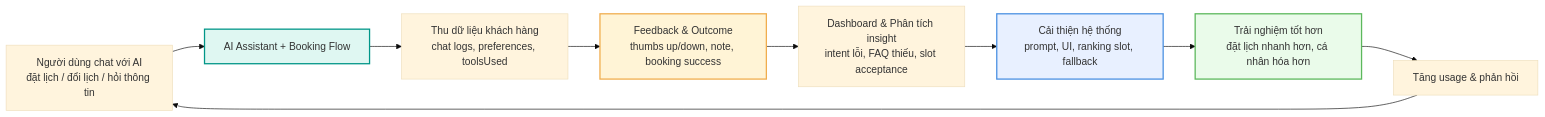
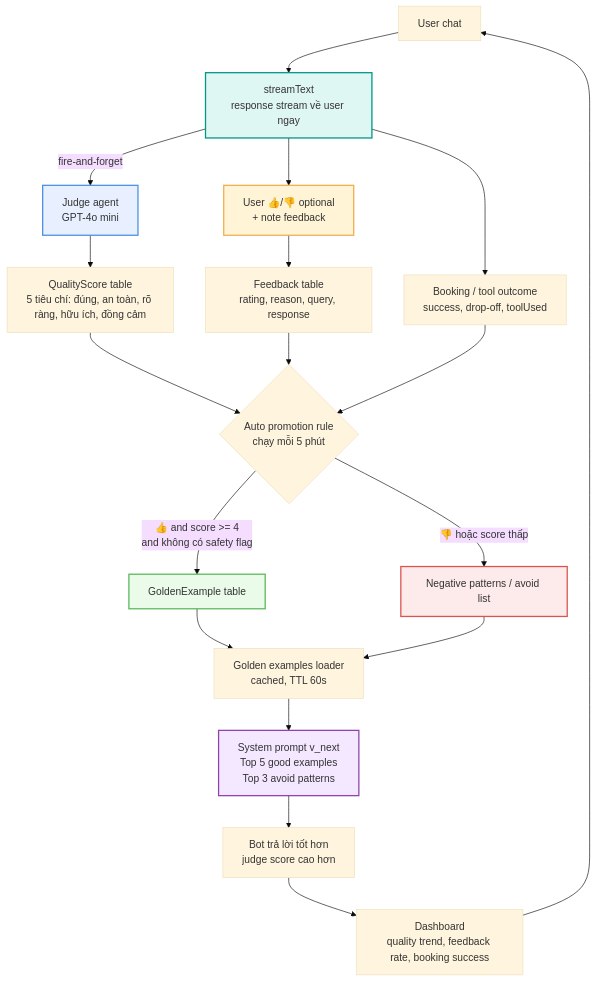
The diagram in 01-task/reflection/data-flywheel.md (sangdaden/Lab06-Nhom62), drawn with Mermaid (base theme) before and after one commit. The commit also changed 2 other files, not shown here.

Commit message:
feat: add data flywheel diagram and update visualization for improved clarity

````diff
--- a/01-task/reflection/data-flywheel.md
+++ b/01-task/reflection/data-flywheel.md
@@ -26,16 +26,32 @@
 ```mermaid
-flowchart LR
-    A[Người dùng chat với AI\nđặt lịch / đổi lịch / hỏi thông tin] --> B[AI Assistant + Booking Flow]
-    B --> C[Thu dữ liệu khách hàng\nchat logs, preferences, toolsUsed]
-    C --> D[Feedback & Outcome\nthumbs up/down, note, booking success]
-    D --> E[Dashboard & Phân tích insight\nintent lỗi, FAQ thiếu, slot acceptance]
-    E --> F[Cải thiện hệ thống\nprompt, UI, ranking slot, fallback]
-    F --> G[Trải nghiệm tốt hơn\nđặt lịch nhanh hơn, cá nhân hóa hơn]
-    G --> H[Tăng usage & phản hồi]
-    H --> A
+flowchart TD
+    A[User chat] --> B[streamText\nresponse stream về user ngay]
+    B -->|fire-and-forget| C[Judge agent\nGPT-4o mini]
+    B --> D[User 👍/👎 optional\n+ note feedback]
+
+    C --> E[QualityScore table\n5 tiêu chí: đúng, an toàn, rõ ràng, hữu ích, đồng cảm]
+    D --> F[Feedback table\nrating, reason, query, response]
+    B --> N[Booking / tool outcome\nsuccess, drop-off, toolUsed]
+
+    E --> G{Auto promotion rule\nchạy mỗi 5 phút}
+    F --> G
+    N --> G
+
+    G -->|👍 and score >= 4\nand không có safety flag| H[GoldenExample table]
+    G -->|👎 hoặc score thấp| I[Negative patterns / avoid list]
+
+    H --> J[Golden examples loader\ncached, TTL 60s]
+    I --> J
+
+    J --> K[System prompt v_next\nTop 5 good examples\nTop 3 avoid patterns]
+    K --> L[Bot trả lời tốt hơn\njudge score cao hơn]
+    L --> M[Dashboard\nquality trend, feedback rate, booking success]
+    M --> A
 
     style B fill:#dff7f2,stroke:#009688,stroke-width:2px
+    style C fill:#e8f0ff,stroke:#4a90e2,stroke-width:2px
     style D fill:#fff4d6,stroke:#f0ad4e,stroke-width:2px
-    style F fill:#e8f0ff,stroke:#4a90e2,stroke-width:2px
-    style G fill:#eafbea,stroke:#5cb85c,stroke-width:2px
+    style H fill:#eafbea,stroke:#5cb85c,stroke-width:2px
+    style I fill:#fdeaea,stroke:#d9534f,stroke-width:2px
+    style K fill:#f3e8ff,stroke:#8e44ad,stroke-width:2px
 ```
````
